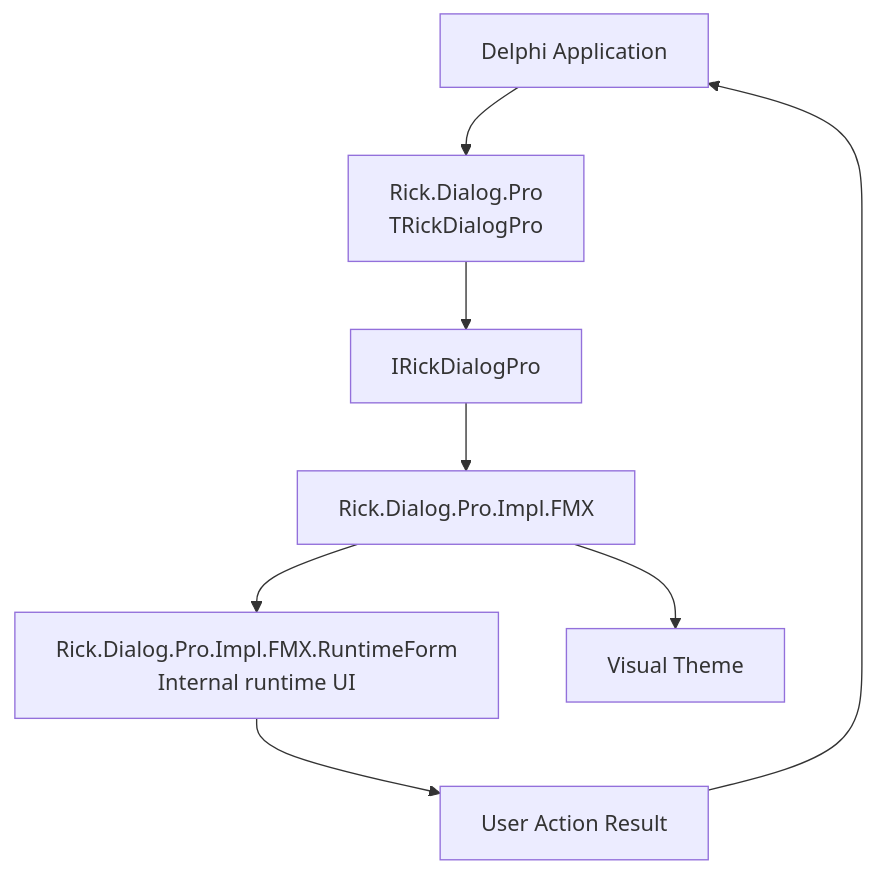
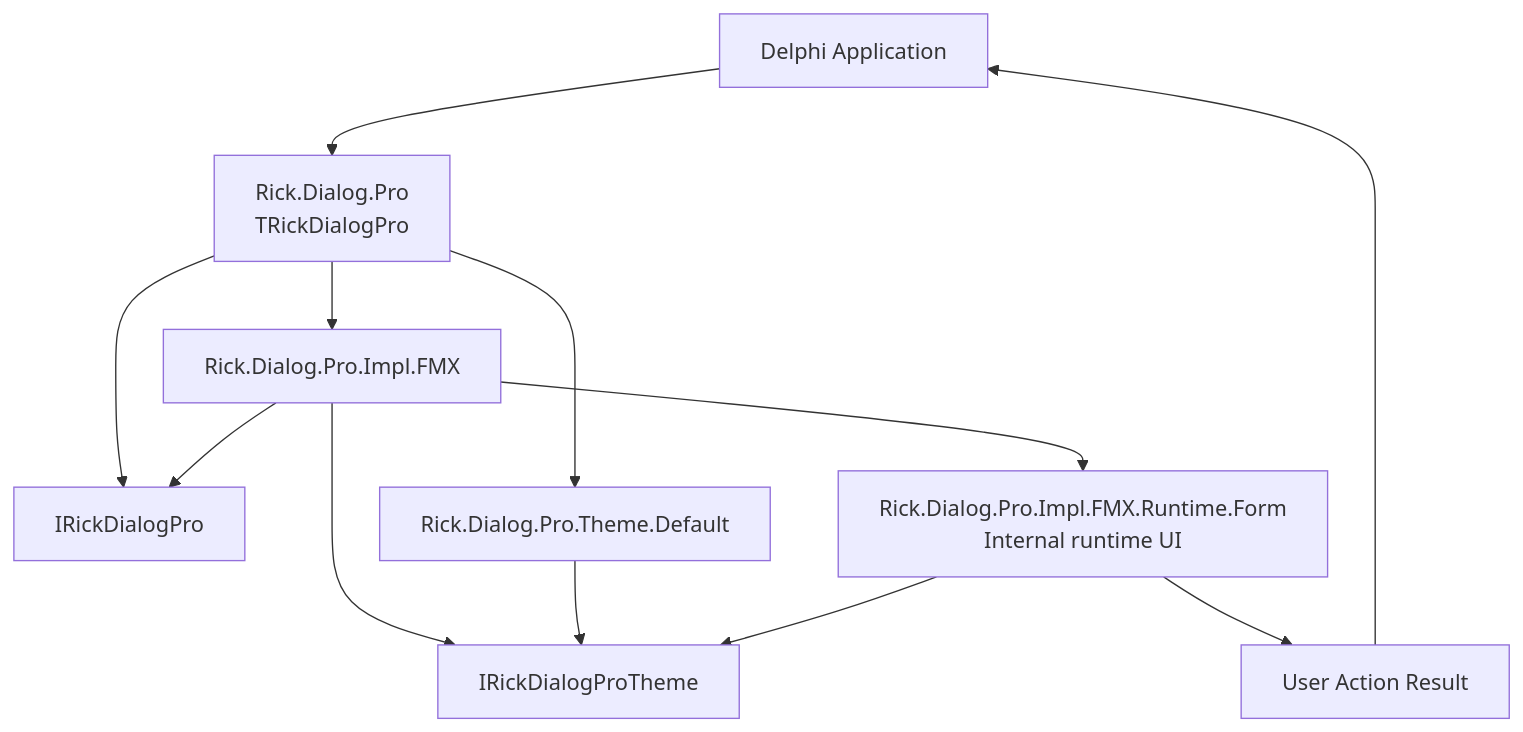
One commit to ricksolucoes/RickDialogPro changed the first of 2 diagrams in README.md. Above: the diagram before and after it, drawn with Mermaid. The commit also changed other lines of this file and 20 other files, not shown here.

````diff
--- a/README.md
+++ b/README.md
@@ -84,10 +84,14 @@
 ```mermaid
 flowchart TD
     APP[Delphi Application] --> API[Rick.Dialog.Pro\nTRickDialogPro]
     API --> CONTRACT[IRickDialogPro]
-    CONTRACT --> IMPL[Rick.Dialog.Pro.Impl.FMX]
-    IMPL --> RUNTIME[Rick.Dialog.Pro.Impl.FMX.RuntimeForm\nInternal runtime UI]
-    IMPL --> THEME[Visual Theme]
+    API --> IMPL[Rick.Dialog.Pro.Impl.FMX]
+    API --> DEFAULT[Rick.Dialog.Pro.Theme.Default]
+    IMPL --> CONTRACT
+    IMPL --> THEME[IRickDialogProTheme]
+    DEFAULT --> THEME
+    IMPL --> RUNTIME[Rick.Dialog.Pro.Impl.FMX.Runtime.Form\nInternal runtime UI]
+    RUNTIME --> THEME
     RUNTIME --> RESULT[User Action Result]
     RESULT --> APP
 ```
````
